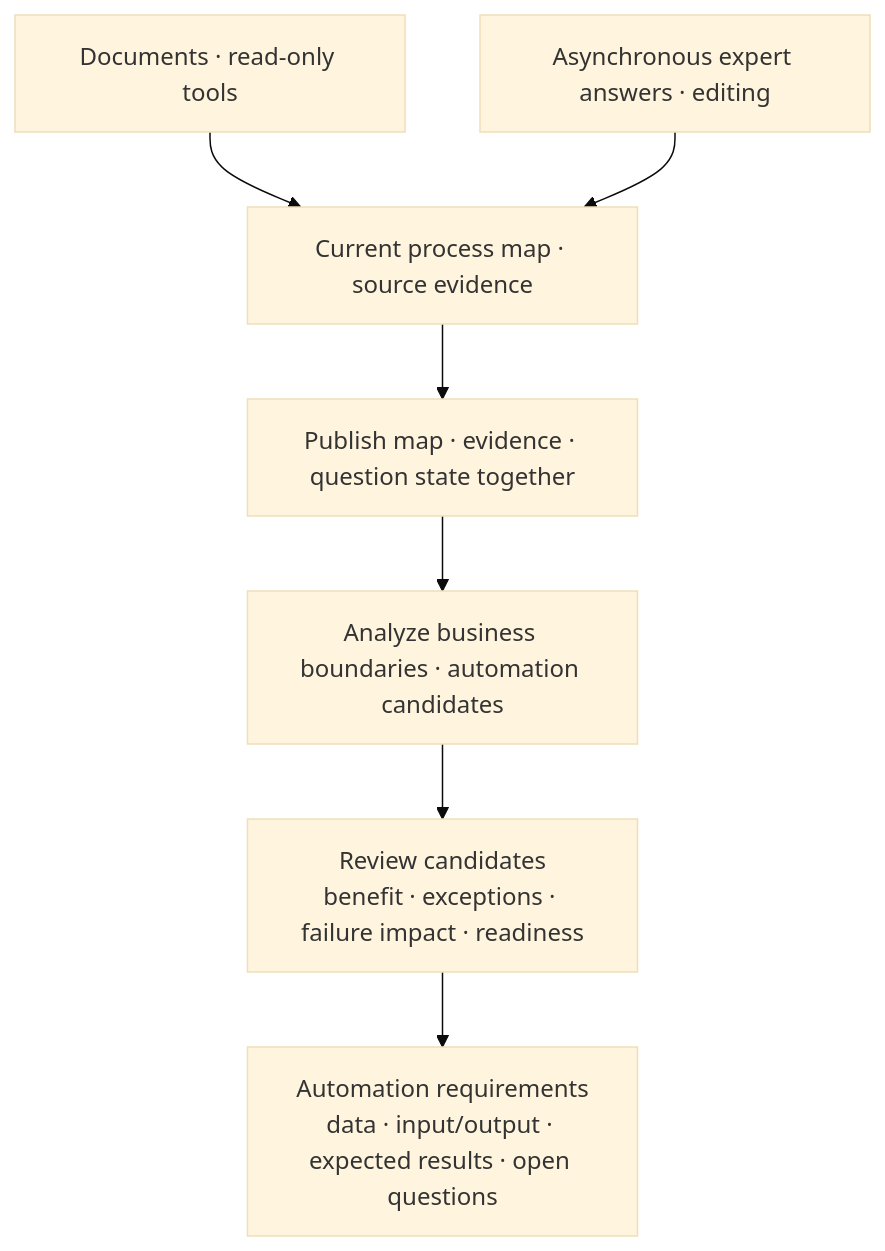
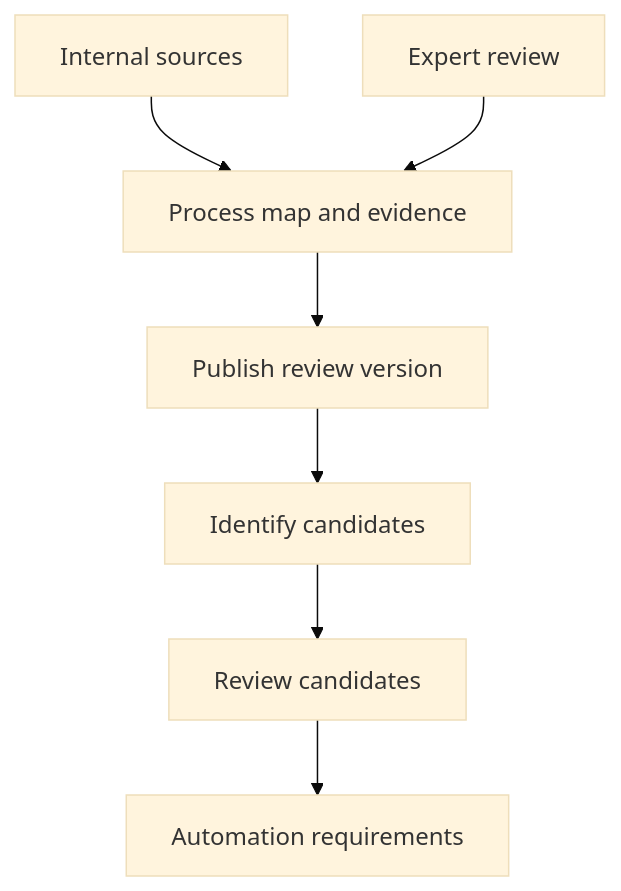
One commit to haandol/haandol.github.com changed the fourth of 9 diagrams in _en/2026-11-05-enterprise-wide-ax-essentials.md. Above: the diagram before and after it, drawn with Mermaid (base theme). The commit also changed other lines of this file and 1 other file, not shown here.

Commit message:
docs: connect DDD knowledge and execution review loops

````diff
--- a/_en/2026-11-05-enterprise-wide-ax-essentials.md
+++ b/_en/2026-11-05-enterprise-wide-ax-essentials.md
@@ -209,9 +209,9 @@
 ```mermaid
 flowchart TB
-  S["Documents · read-only tools"] --> M["Current process map · source evidence"]
-  U["Asynchronous expert answers · editing"] --> M
-  M --> P["Publish map · evidence · question state together"]
-  P --> A["Analyze business boundaries · automation candidates"]
-  A --> C["Review candidates<br/>benefit · exceptions · failure impact · readiness"]
-  C --> R["Automation requirements<br/>data · input/output · expected results · open questions"]
+  S["Internal sources"] --> M["Process map and evidence"]
+  U["Expert review"] --> M
+  M --> P["Publish review version"]
+  P --> A["Identify candidates"]
+  A --> C["Review candidates"]
+  C --> R["Automation requirements"]
 ```
````
